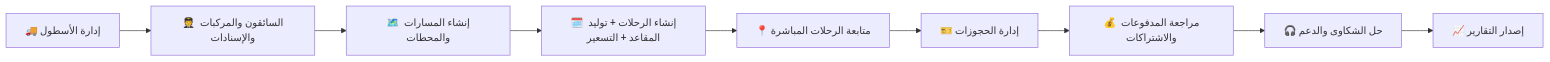
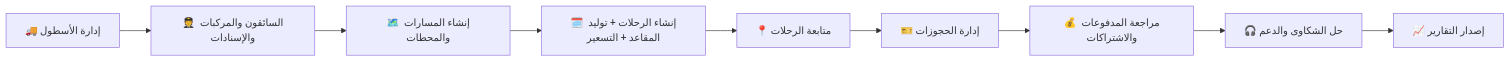
Before and after one commit to mahmoudyoussef3/bmt_app: the fourth of 19 diagrams in BUSINESS_DESIGN_DOCUMENT.md, drawn with Mermaid. The commit also changed other lines of this file and 168 other files, not shown here.

````diff
--- a/BUSINESS_DESIGN_DOCUMENT.md
+++ b/BUSINESS_DESIGN_DOCUMENT.md
@@ -245,11 +245,11 @@
 ```mermaid
 flowchart LR
     A["🚚 إدارة الأسطول"] --> B["🧑‍✈️ السائقون والمركبات والإسنادات"]
     B --> C["🗺️ إنشاء المسارات والمحطات"]
     C --> D["🗓️ إنشاء الرحلات + توليد المقاعد + التسعير"]
-    D --> E["📍 متابعة الرحلات المباشرة"]
+    D --> E["📍 متابعة الرحلات"]
     E --> F["🎫 إدارة الحجوزات"]
     F --> G["💰 مراجعة المدفوعات والاشتراكات"]
     G --> H["🎧 حل الشكاوى والدعم"]
     H --> I["📈 إصدار التقارير"]
 ```
````
